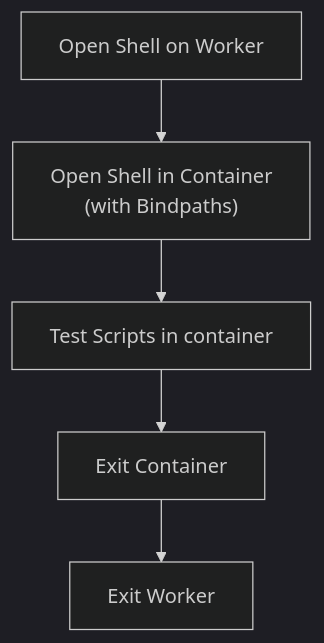
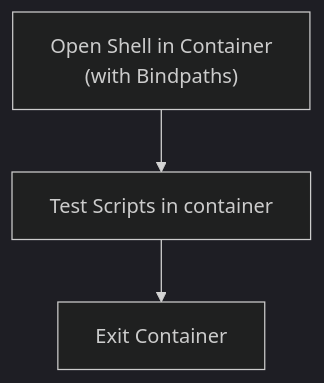
Before and after one commit to laderast/bash_for_hpc: the first of 2 diagrams in running_containers.qmd, drawn with Mermaid (dark theme). The commit also changed other lines of this file and 20 other files, not shown here.

````diff
--- a/running_containers.qmd
+++ b/running_containers.qmd
@@ -5,8 +5,6 @@
 ```{mermaid}
 flowchart TD
-   A[Open Shell on Worker] --> B
    B["Open Shell in Container\n(with Bindpaths)"]
    B --> D[Test Scripts in container]
    D --> E[Exit Container]
-   E --> F[Exit Worker]
 ```
````
